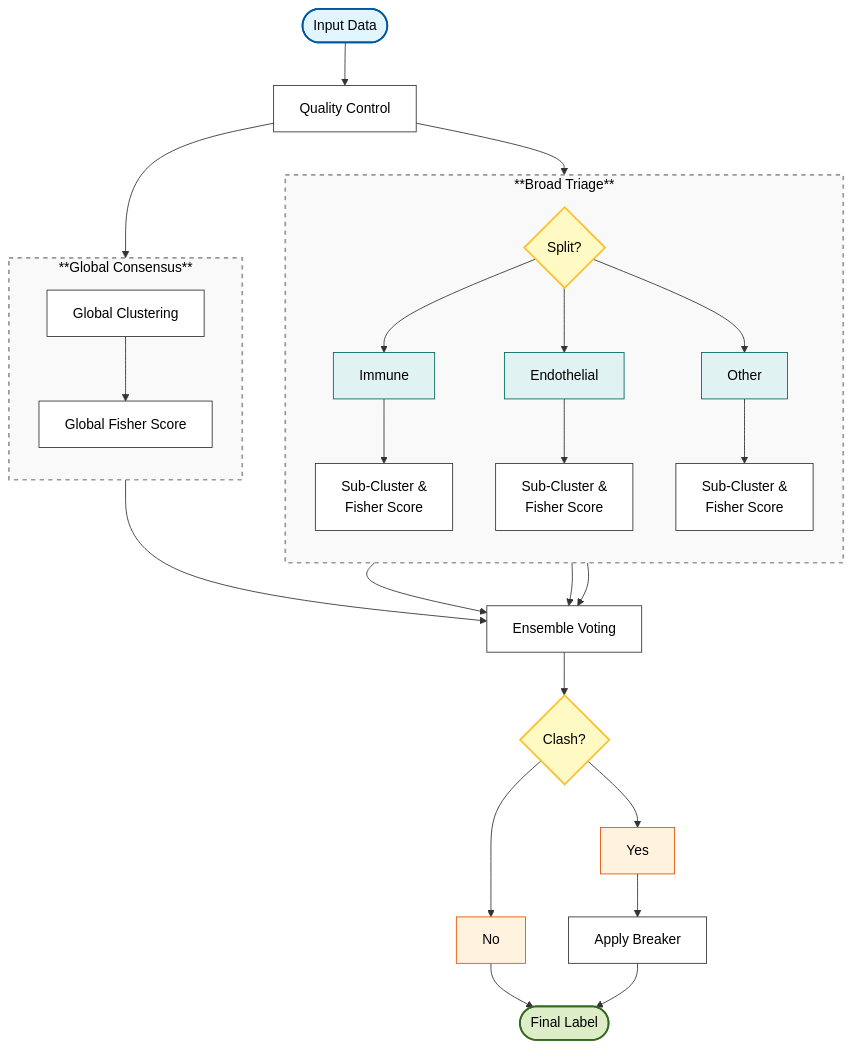
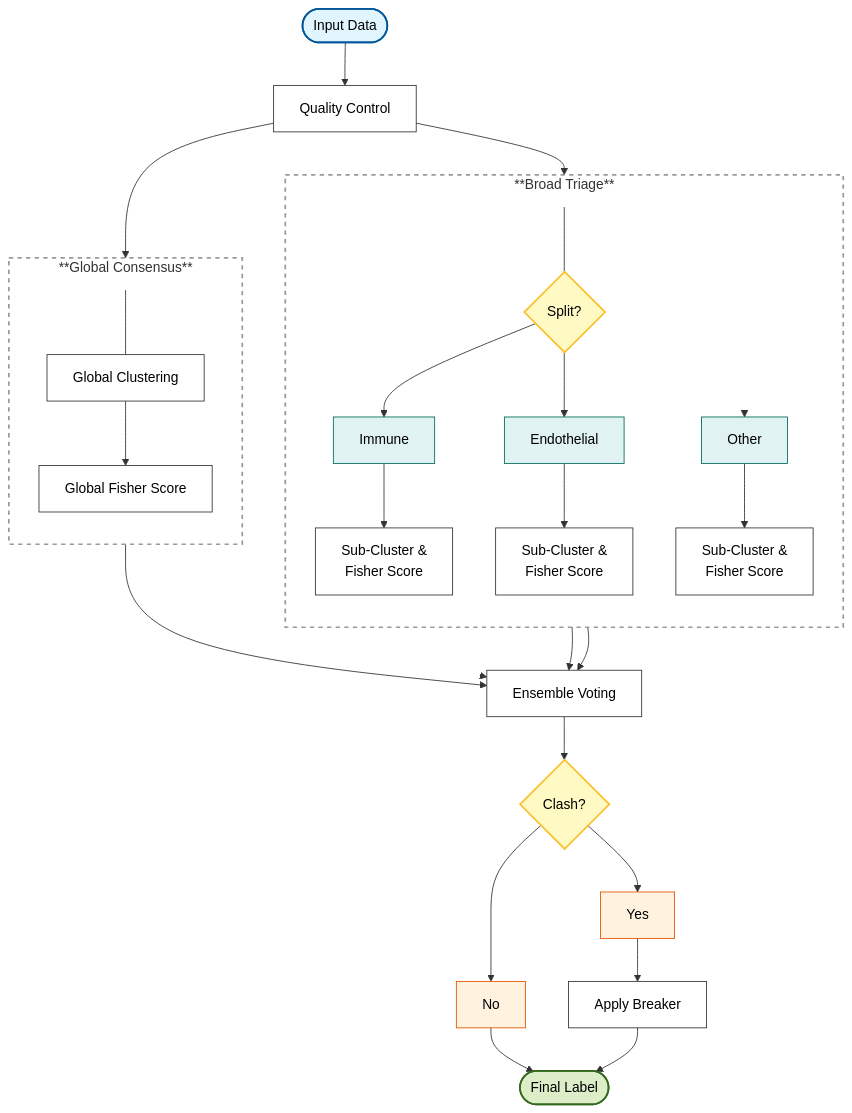
One commit to ajxa/CellVoteR changed the diagram in README.md. Above: the diagram before and after it, drawn with Mermaid.

Commit message:
updated workflow diagram

````diff
--- a/README.md
+++ b/README.md
@@ -36,9 +36,15 @@
 ```mermaid
 graph TD
     %% --- Node Styling ---
+    %% "hidden" class makes spacer nodes invisible
+    classDef hidden fill:none,stroke:none,color:none,width:0px,height:0px
+
     classDef default fill:#ffffff,stroke:#333,stroke-width:1px,color:#000
     classDef start fill:#e1f5fe,stroke:#01579b,stroke-width:2px,color:#000
-    classDef track fill:#f9f9f9,stroke:#999,stroke-width:2px,stroke-dasharray: 5 5,color:#000
+    
+    %% Track Styling: No fill, dashed border, adaptive text color
+    classDef track fill:none,stroke:#999,stroke-width:2px,stroke-dasharray: 5 5
+    
     classDef decision fill:#fff9c4,stroke:#fbc02d,stroke-width:2px,color:#000
     classDef group fill:#e0f2f1,stroke:#00695c,stroke-width:1px,color:#000
     classDef logic fill:#fff3e0,stroke:#e65100,stroke-width:1px,color:#000
@@ -50,13 +56,17 @@
     %% --- TRACK 1: Triage ---
     subgraph T1 [**Broad Triage**]
         direction TB
+        %% Invisible spacer to push content down away from title
+        Spacer1[ ]:::hidden
+        
         Split{Split?}:::decision
         
-        %% Group Nodes (The "Boxes" you requested)
+        %% Group Nodes
         GrpImm[Immune]:::group
         GrpEndo[Endothelial]:::group
         GrpOth[Other]:::group
         
+        Spacer1 --- Split
         Split --> GrpImm
         Split --> GrpEndo
         Split --> GrpOth
@@ -74,14 +84,20 @@
     %% --- TRACK 2: Global ---
     subgraph T2 [**Global Consensus**]
         direction TB
+        %% Invisible spacer
+        Spacer2[ ]:::hidden
+        
         Global[Global Clustering]
         ScoreG[Global Fisher Score]
+        
+        Spacer2 --- Global
         Global --> ScoreG
     end
 
     %% --- Main Flow Connections ---
-    QC --> Split
-    QC --> Global
+    %% Connect QC to the Spacers to enter the box cleanly at the top
+    QC --> Spacer1
+    QC --> Spacer2
 
     %% --- Ensemble & Resolution ---
     SubA & SubB & SubC --> Vote[Ensemble Voting]
@@ -89,7 +105,7 @@
 
     Vote --> Resolve{Clash?}:::decision
     
-    %% Outcome Nodes (The "Yes/No" Boxes)
+    %% Outcome Nodes
     Yes[Yes]:::logic
     No[No]:::logic
     
@@ -102,4 +118,7 @@
 
     %% Apply Track Styles
     class T1,T2 track
+    
+    %% Hide the lines connecting spacers to real nodes
+    linkStyle 4,12 stroke-width:0px
 ```
````
